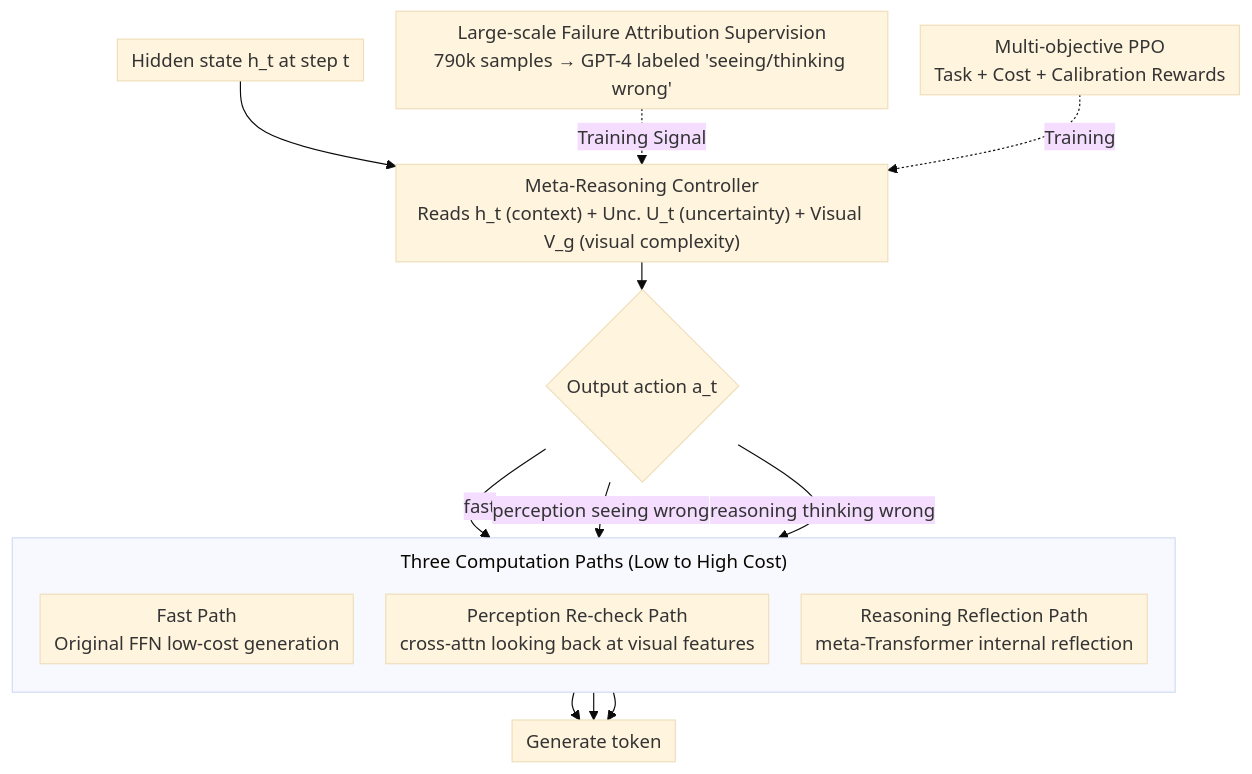
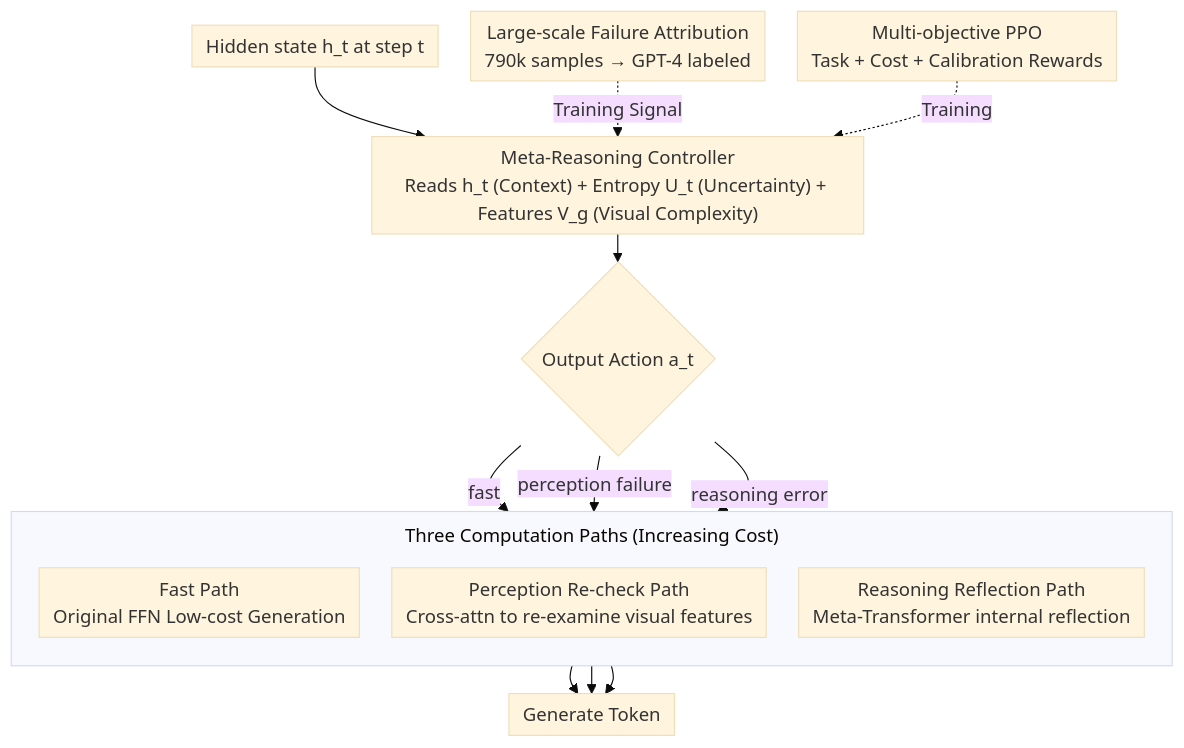
Before and after one commit to zhaoyang97/Paper-Notes-en: the diagram in docs/ACL2026/vlm_reasoning/addressing_overthinking_in_large_vision-language_models_via_gated_perception-rea.md, drawn with Mermaid (base theme). The commit also changed other lines of this file and 5084 other files, not shown here.

````diff
--- a/docs/ACL2026/vlm_reasoning/addressing_overthinking_in_large_vision-language_models_via_gated_perception-rea.md
+++ b/docs/ACL2026/vlm_reasoning/addressing_overthinking_in_large_vision-language_models_via_gated_perception-rea.md
@@ -44,20 +44,20 @@
 ```mermaid
 %%{init: {'flowchart': {'rankSpacing': 24, 'nodeSpacing': 28, 'padding': 6, 'wrappingWidth': 400, 'subGraphTitleMargin': {'top': 8, 'bottom': 16}}}}%%
 flowchart TD
-    A["Hidden state h_t at step t"] --> B["Meta-Reasoning Controller<br/>Reads h_t (context) + Unc. U_t (uncertainty) + Visual V_g (visual complexity)"]
-    B --> C{"Output action a_t"}
-    subgraph PATHS["Three Computation Paths (Low to High Cost)"]
+    A["Hidden state h_t at step t"] --> B["Meta-Reasoning Controller<br/>Reads h_t (Context) + Entropy U_t (Uncertainty) + Features V_g (Visual Complexity)"]
+    B --> C{"Output Action a_t"}
+    subgraph PATHS["Three Computation Paths (Increasing Cost)"]
         direction TB
-        D["Fast Path<br/>Original FFN low-cost generation"]
-        E["Perception Re-check Path<br/>cross-attn looking back at visual features"]
-        F["Reasoning Reflection Path<br/>meta-Transformer internal reflection"]
+        D["Fast Path<br/>Original FFN Low-cost Generation"]
+        E["Perception Re-check Path<br/>Cross-attn to re-examine visual features"]
+        F["Reasoning Reflection Path<br/>Meta-Transformer internal reflection"]
     end
     C -->|fast| D
-    C -->|perception seeing wrong| E
-    C -->|reasoning thinking wrong| F
-    D --> G["Generate token"]
+    C -->|perception failure| E
+    C -->|reasoning error| F
+    D --> G["Generate Token"]
     E --> G
     F --> G
-    S["Large-scale Failure Attribution Supervision<br/>790k samples → GPT-4 labeled 'seeing/thinking wrong'"] -.Training Signal.-> B
+    S["Large-scale Failure Attribution<br/>790k samples → GPT-4 labeled"] -.Training Signal.-> B
     R["Multi-objective PPO<br/>Task + Cost + Calibration Rewards"] -.Training.-> B
 ```
````
